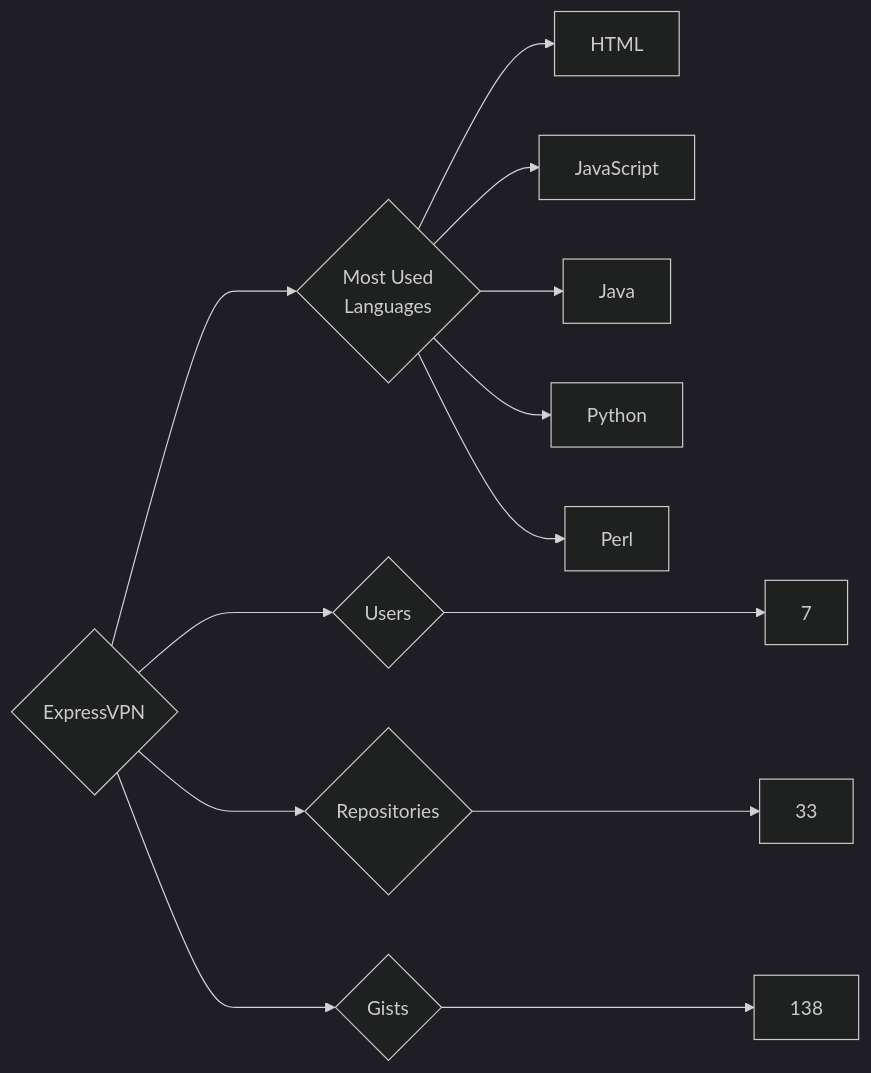
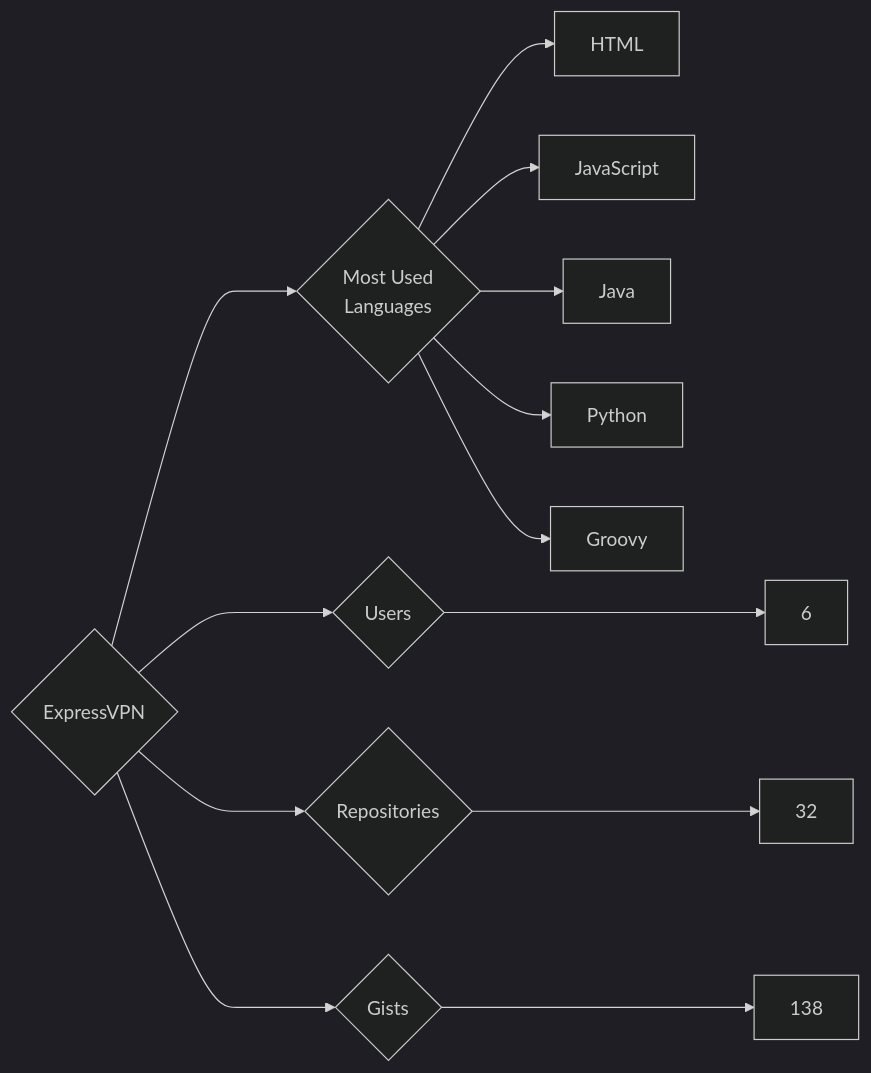
Before and after one commit to trickest/insiders: the diagram in targets/ExpressVPN/README.md, drawn with Mermaid (dark theme). The commit also changed 776 other files, not shown here.

````diff
--- a/targets/ExpressVPN/README.md
+++ b/targets/ExpressVPN/README.md
@@ -3,13 +3,13 @@
 ```mermaid
 graph LR
 COMPANY_NAME{ExpressVPN}
-COMPANY_NAME ---> U{Users} ---> UN[7]
-COMPANY_NAME ---> R{Repositories} ---> RN[33]
+COMPANY_NAME ---> U{Users} ---> UN[6]
+COMPANY_NAME ---> R{Repositories} ---> RN[32]
 COMPANY_NAME ---> G{Gists} ---> GN[138]
 COMPANY_NAME ---> ML{Most Used<br>Languages}
 ML --> HTML[HTML]
 ML --> JavaScript[JavaScript]
 ML --> Java[Java]
 ML --> Python[Python]
-ML --> Perl[Perl]
+ML --> Groovy[Groovy]
 ```
````
